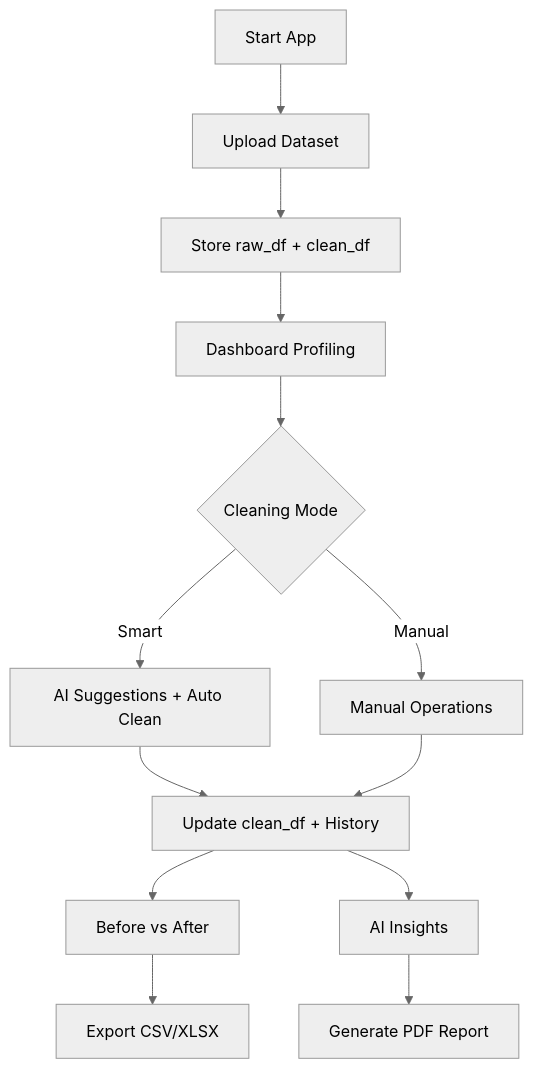
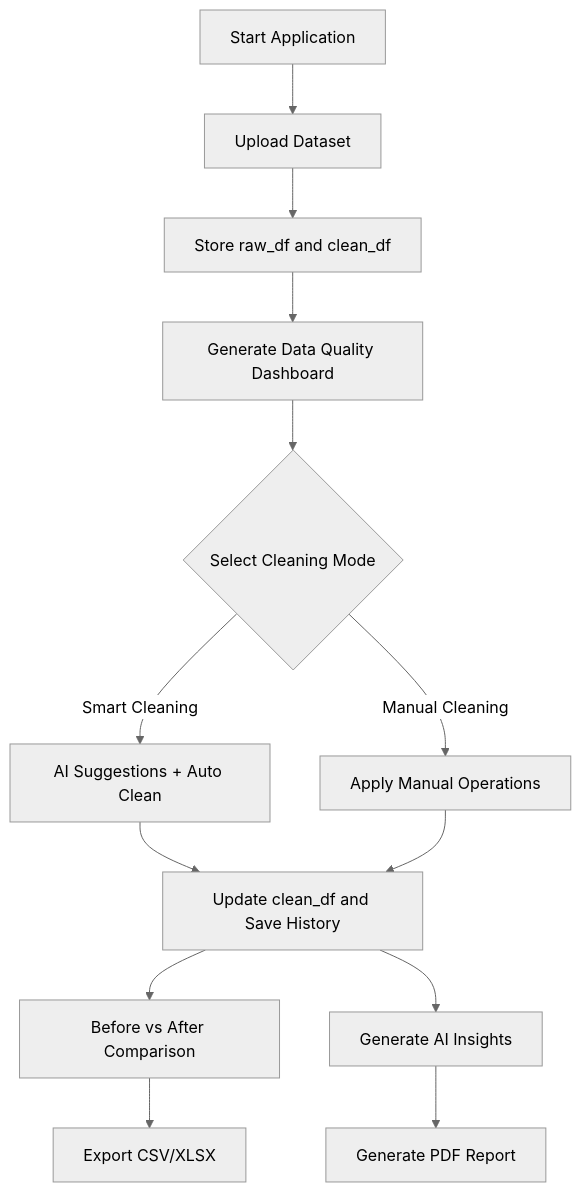
One commit to Kravi21062/DataRefine-AI-Data-Cleaner changed the second of 7 diagrams in README.md. Above: the diagram before and after it, drawn with Mermaid (neutral theme). The commit also changed other lines of this file, not shown here.

````diff
--- a/README.md
+++ b/README.md
@@ -36,15 +50,27 @@
 ```mermaid
 flowchart TD
-    A[Start App] --> B[Upload Dataset]
-    B --> C[Store raw_df + clean_df]
-    C --> D[Dashboard Profiling]
-    D --> E{Cleaning Mode}
-    E -->|Smart| F[AI Suggestions + Auto Clean]
-    E -->|Manual| G[Manual Operations]
-    F --> H[Update clean_df + History]
+
+    A["Start Application"]
+        --> B["Upload Dataset"]
+
+    B --> C["Store raw_df and clean_df"]
+
+    C --> D["Generate Data Quality Dashboard"]
+
+    D --> E{"Select Cleaning Mode"}
+
+    E -->|Smart Cleaning| F["AI Suggestions + Auto Clean"]
+
+    E -->|Manual Cleaning| G["Apply Manual Operations"]
+
+    F --> H["Update clean_df and Save History"]
     G --> H
-    H --> I[Before vs After]
-    H --> J[AI Insights]
-    I --> K[Export CSV/XLSX]
-    J --> L[Generate PDF Report]
+
+    H --> I["Before vs After Comparison"]
+
+    H --> J["Generate AI Insights"]
+
+    I --> K["Export CSV/XLSX"]
+
+    J --> L["Generate PDF Report"]
 ```
````
